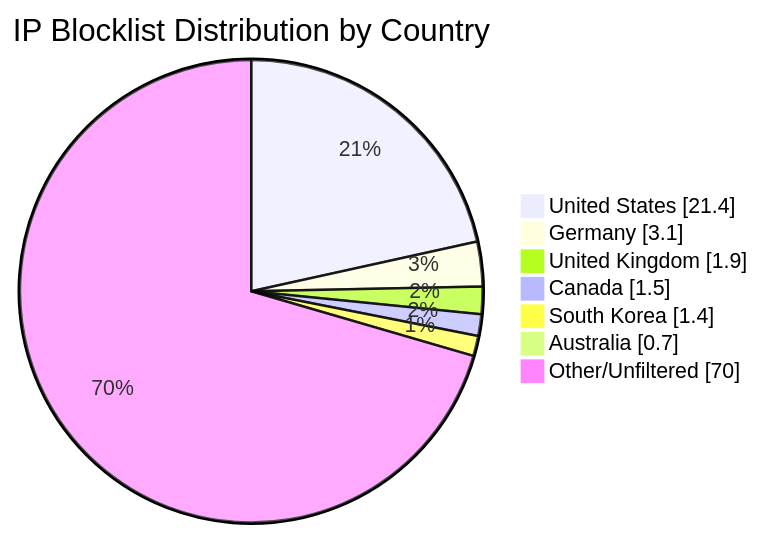
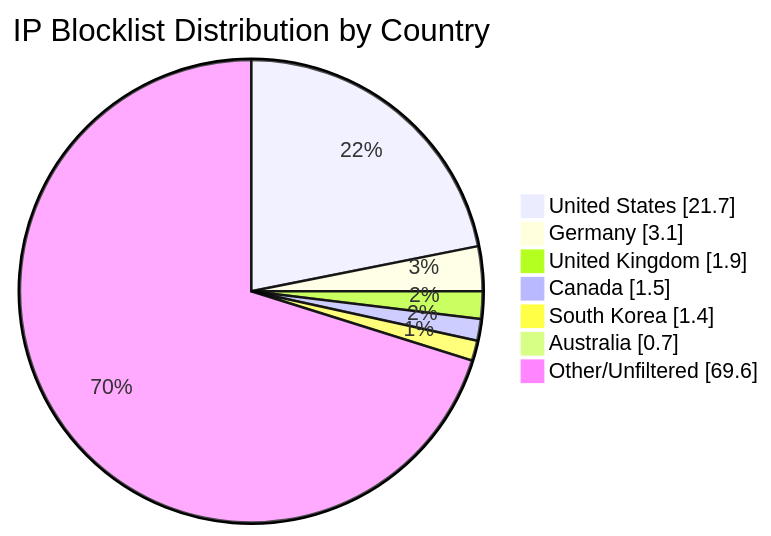
Before and after one commit to MarcusHoltz/ipblocklist-geofiltered-aggregator: the diagram in README.md, drawn with Mermaid. The commit also changed other lines of this file and 9 other files, not shown here.

````diff
--- a/README.md
+++ b/README.md
@@ -34,10 +34,10 @@
 ```mermaid
 pie showData title IP Blocklist Distribution by Country
-"United States" : 21.4
+"United States" : 21.7
 "Germany" : 3.1
 "United Kingdom" : 1.9
 "Canada" : 1.5
 "South Korea" : 1.4
 "Australia" : 0.7
-"Other/Unfiltered" : 70.0
+"Other/Unfiltered" : 69.6
 ```
````
